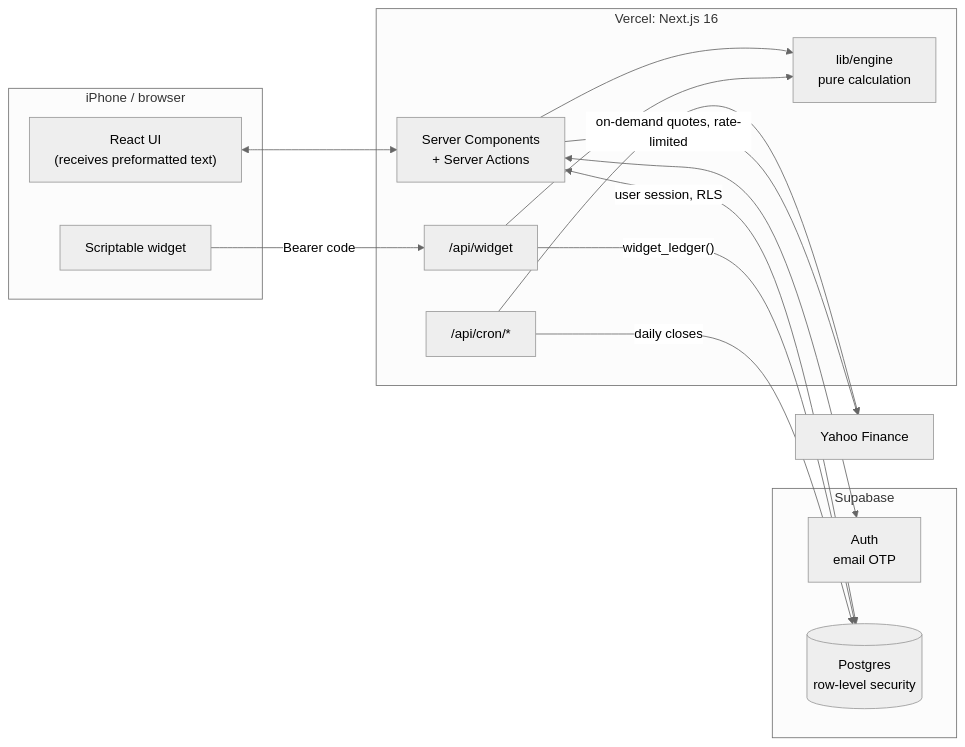
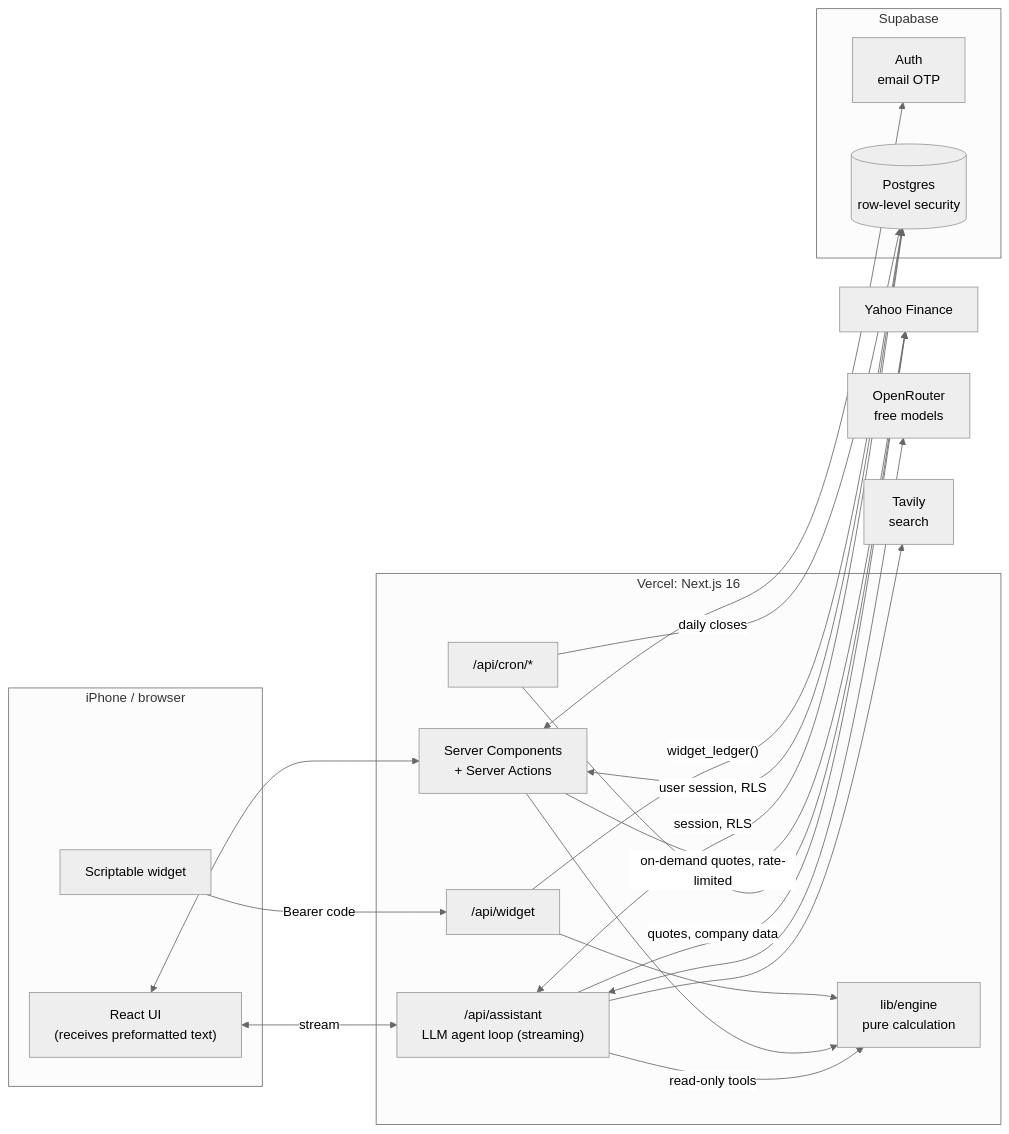
Before and after one commit to felisan99/finance-platform: the second of 2 diagrams in README.md, drawn with Mermaid (neutral theme). The commit also changed other lines of this file and 4 other files, not shown here.

Commit message:
Rewrite the README around the assistant's agent architecture

````diff
--- a/README.md
+++ b/README.md
@@ -125,32 +210,41 @@
 ```mermaid
 flowchart LR
     subgraph Phone["iPhone / browser"]
         UI["React UI<br/>(receives preformatted text)"]
         W["Scriptable widget"]
     end
 
     subgraph Vercel["Vercel: Next.js 16"]
         RSC["Server Components<br/>+ Server Actions"]
         API["/api/widget"]
+        AGT["/api/assistant<br/>LLM agent loop (streaming)"]
         CRON["/api/cron/*"]
         ENG["lib/engine<br/>pure calculation"]
     end
 
     subgraph Supabase
         AUTH["Auth<br/>email OTP"]
         DB[("Postgres<br/>row-level security")]
     end
 
     Y["Yahoo Finance"]
+    LLM["OpenRouter<br/>free models"]
+    TAV["Tavily<br/>search"]
 
     UI <--> RSC
+    UI <-- "stream" --> AGT
+    AGT -- "read-only tools" --> ENG
+    AGT <-- "session, RLS" --> DB
+    AGT <--> LLM
+    AGT --> TAV
+    AGT -- "quotes, company data" --> Y
     W -- "Bearer code" --> API
     RSC --> ENG
     API --> ENG
     RSC <--> AUTH
     RSC <-- "user session, RLS" --> DB
     API -- "widget_ledger()" --> DB
     CRON -- "daily closes" --> DB
     CRON --> Y
     RSC -- "on-demand quotes, rate-limited" --> Y
 ```
````
